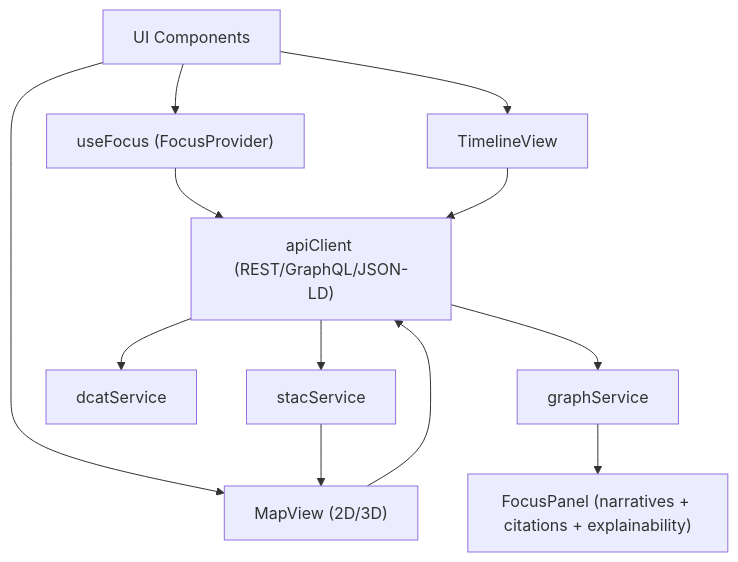
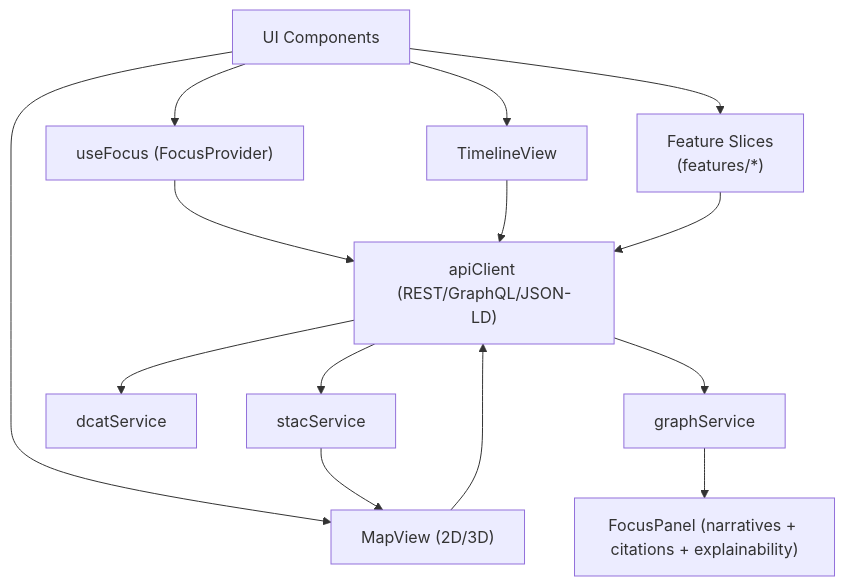
The diagram in web/src/ARCHITECTURE.md (bartytime4life/Kansas-Frontier-Matrix), drawn with Mermaid before and after one commit. The commit also changed other lines of this file, not shown here.

```diff
--- a/web/src/ARCHITECTURE.md
+++ b/web/src/ARCHITECTURE.md
@@ -122,17 +143,19 @@
 ~~~~~mermaid
 flowchart TD
   UI["UI Components"] --> F["useFocus (FocusProvider)"]
   UI --> M["MapView (2D/3D)"]
   UI --> T["TimelineView"]
+  UI --> FEAT["Feature Slices<br/>(features/*)"]
 
   F --> API["apiClient (REST/GraphQL/JSON-LD)"]
   M --> API
   T --> API
+  FEAT --> API
 
   API --> S1["stacService"]
   API --> S2["dcatService"]
   API --> S3["graphService"]
 
   S3 --> FP["FocusPanel (narratives + citations + explainability)"]
   S1 --> M
 ~~~~~
```
